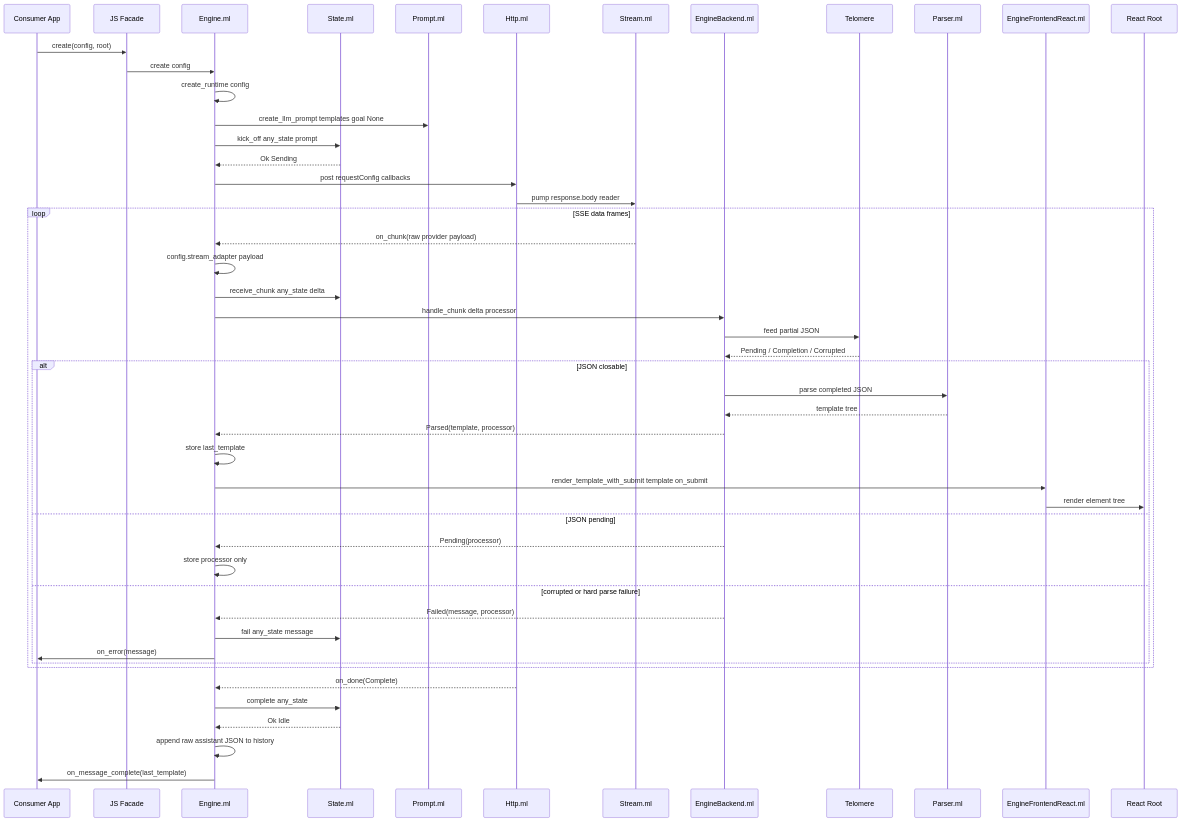
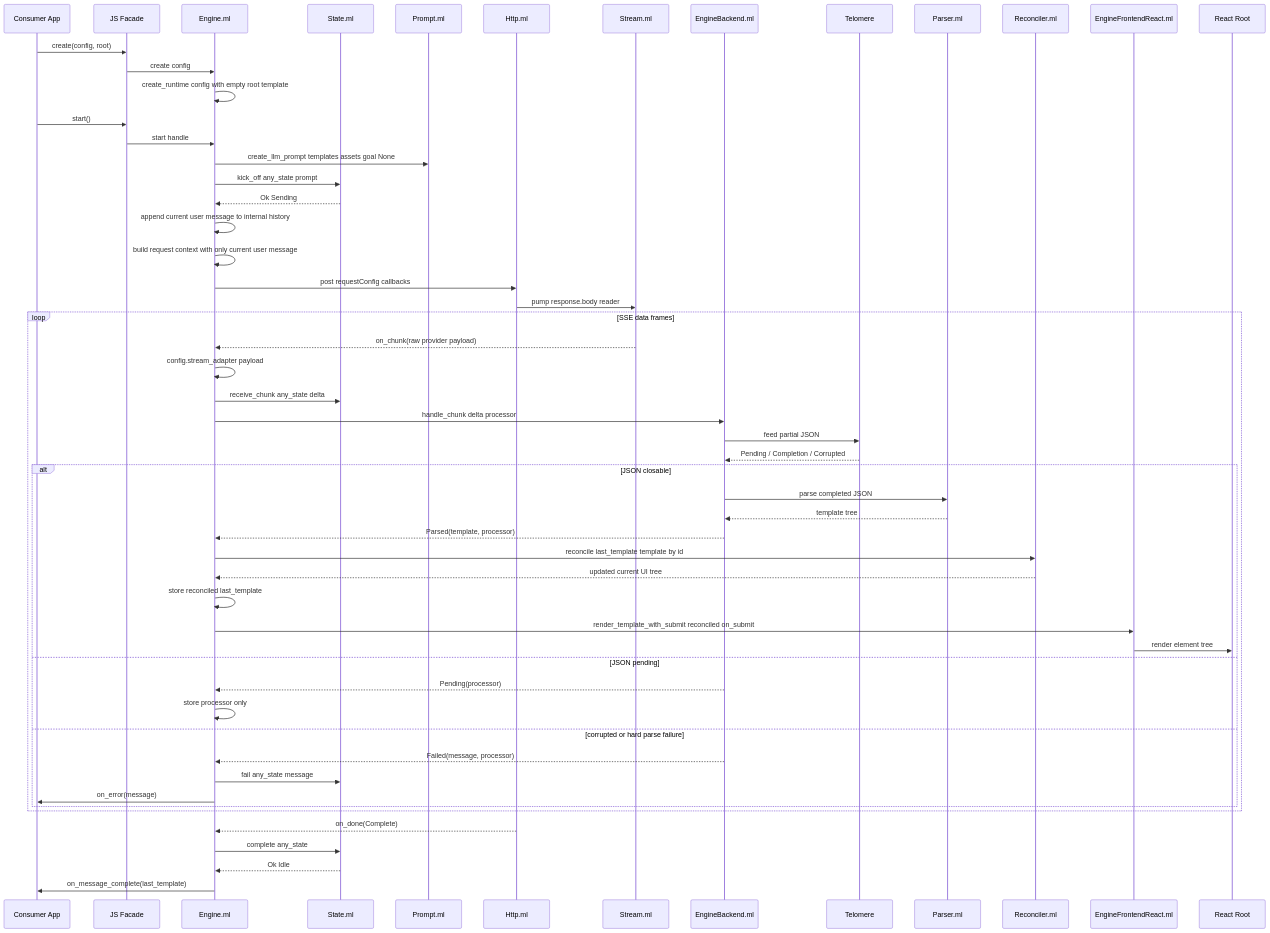
Before and after one commit to unhingingdog/ribosome-ui: the second of 8 diagrams in architecture.md, drawn with Mermaid. The commit also changed other lines of this file and 5 other files, not shown here.

Commit message:
update architecture md and stabbing in dark to make prompt good

````diff
--- a/architecture.md
+++ b/architecture.md
@@ -48,54 +52,60 @@
 ```mermaid
 sequenceDiagram
   participant App as Consumer App
   participant Facade as JS Facade
   participant Engine as Engine.ml
   participant State as State.ml
   participant Prompt as Prompt.ml
   participant Http as Http.ml
   participant Stream as Stream.ml
   participant Backend as EngineBackend.ml
   participant Telomere as Telomere
   participant Parser as Parser.ml
+  participant Reconciler as Reconciler.ml
   participant Frontend as EngineFrontendReact.ml
   participant React as React Root
 
   App->>Facade: create(config, root)
   Facade->>Engine: create config
-  Engine->>Engine: create_runtime config
-  Engine->>Prompt: create_llm_prompt templates goal None
+  Engine->>Engine: create_runtime config with empty root template
+  App->>Facade: start()
+  Facade->>Engine: start handle
+  Engine->>Prompt: create_llm_prompt templates assets goal None
   Engine->>State: kick_off any_state prompt
   State-->>Engine: Ok Sending
+  Engine->>Engine: append current user message to internal history
+  Engine->>Engine: build request context with only current user message
   Engine->>Http: post requestConfig callbacks
   Http->>Stream: pump response.body reader
 
   loop SSE data frames
     Stream-->>Engine: on_chunk(raw provider payload)
     Engine->>Engine: config.stream_adapter payload
     Engine->>State: receive_chunk any_state delta
     Engine->>Backend: handle_chunk delta processor
     Backend->>Telomere: feed partial JSON
     Telomere-->>Backend: Pending / Completion / Corrupted
     alt JSON closable
       Backend->>Parser: parse completed JSON
       Parser-->>Backend: template tree
       Backend-->>Engine: Parsed(template, processor)
-      Engine->>Engine: store last_template
-      Engine->>Frontend: render_template_with_submit template on_submit
+      Engine->>Reconciler: reconcile last_template template by id
+      Reconciler-->>Engine: updated current UI tree
+      Engine->>Engine: store reconciled last_template
+      Engine->>Frontend: render_template_with_submit reconciled on_submit
       Frontend->>React: render element tree
     else JSON pending
       Backend-->>Engine: Pending(processor)
       Engine->>Engine: store processor only
     else corrupted or hard parse failure
       Backend-->>Engine: Failed(message, processor)
       Engine->>State: fail any_state message
       Engine->>App: on_error(message)
     end
   end
 
   Http-->>Engine: on_done(Complete)
   Engine->>State: complete any_state
   State-->>Engine: Ok Idle
-  Engine->>Engine: append raw assistant JSON to history
   Engine->>App: on_message_complete(last_template)
 ```
````
